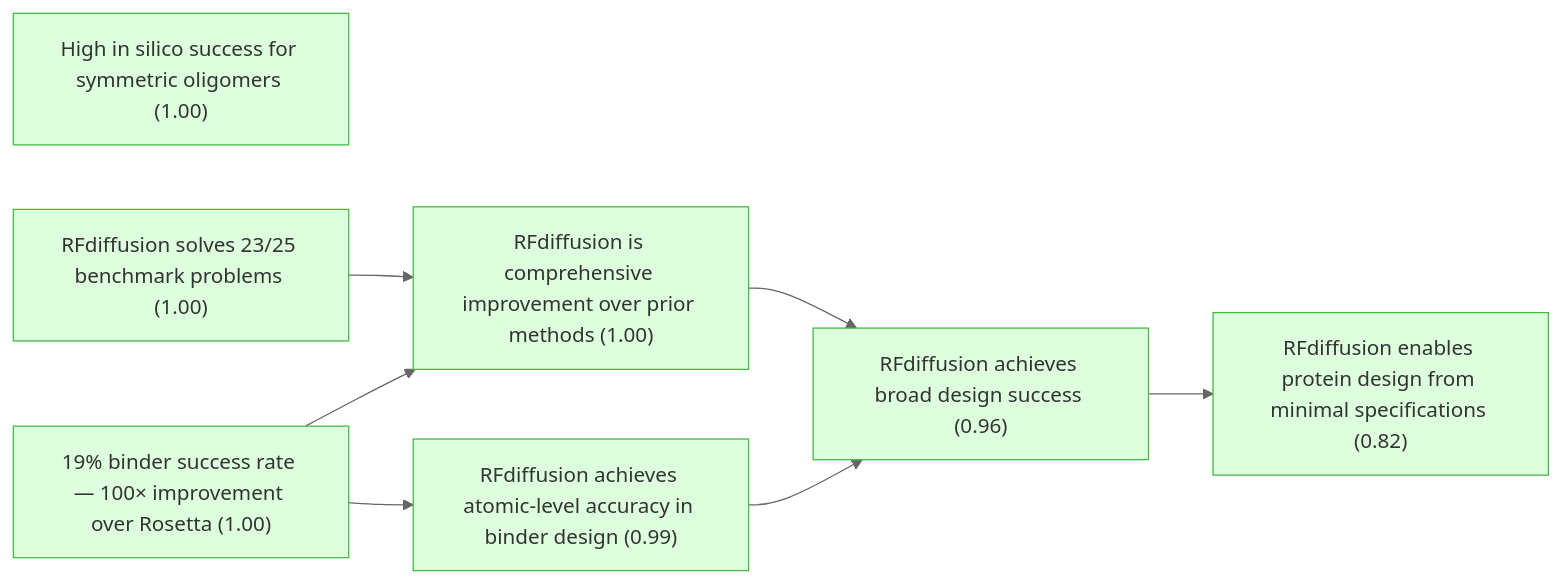
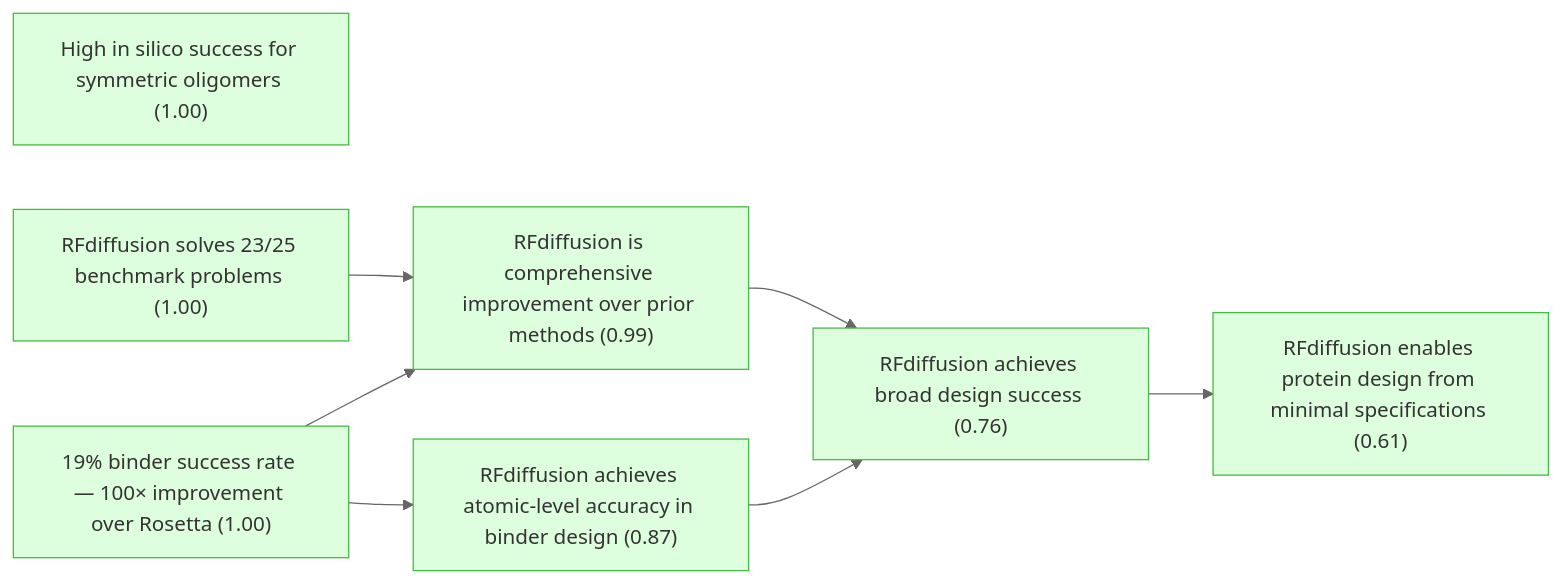
One commit to kunyuan/watson-rfdiffusion-2023-gaia changed the first of 8 diagrams in README.md. Above: the diagram before and after it, drawn with Mermaid (neutral theme). The commit also changed other lines of this file and 1 other file, not shown here.

First line of the commit message:
Set derived claim priors to 0.5 (uninformative)

````diff
--- a/README.md
+++ b/README.md
@@ -7,26 +7,26 @@
 ```mermaid
 graph LR
-    rfdiffusion_broad_success["RFdiffusion achieves broad design success (0.96)"]:::derived
+    rfdiffusion_broad_success["RFdiffusion achieves broad design success (0.76)"]:::derived
     symmetric_high_success["High in silico success for symmetric oligomers (1.00)"]:::derived
     rfdiffusion_benchmark_performance["RFdiffusion solves 23/25 benchmark problems (1.00)"]:::derived
     binder_success_rate["19% binder success rate — 100× improvement over Rosetta (1.00)"]:::derived
-    ha20_atomic_accuracy["RFdiffusion achieves atomic-level accuracy in binder design (0.99)"]:::derived
-    comprehensive_improvement["RFdiffusion is comprehensive improvement over prior methods (1.00)"]:::derived
-    generality_claim["RFdiffusion enables protein design from minimal specifications (0.82)"]:::derived
+    ha20_atomic_accuracy["RFdiffusion achieves atomic-level accuracy in binder design (0.87)"]:::derived
+    comprehensive_improvement["RFdiffusion is comprehensive improvement over prior methods (0.99)"]:::derived
+    generality_claim["RFdiffusion enables protein design from minimal specifications (0.61)"]:::derived
     binder_success_rate --> comprehensive_improvement
     binder_success_rate --> ha20_atomic_accuracy
     comprehensive_improvement --> rfdiffusion_broad_success
     ha20_atomic_accuracy --> rfdiffusion_broad_success
     rfdiffusion_benchmark_performance --> comprehensive_improvement
     rfdiffusion_broad_success --> generality_claim
 
     classDef setting fill:#f0f0f0,stroke:#999,color:#333
     classDef premise fill:#ddeeff,stroke:#4488bb,color:#333
     classDef derived fill:#ddffdd,stroke:#44bb44,color:#333
     classDef question fill:#fff3dd,stroke:#cc9944,color:#333
     classDef background fill:#f5f5f5,stroke:#bbb,stroke-dasharray: 5 5,color:#333
     classDef orphan fill:#fff,stroke:#ccc,stroke-dasharray: 5 5,color:#333
     classDef external fill:#fff,stroke:#aaa,stroke-dasharray: 3 3,color:#333
     classDef weak fill:#fff9c4,stroke:#f9a825,stroke-dasharray: 5 5,color:#333
     classDef contra fill:#ffebee,stroke:#c62828,color:#333
 ```
````
